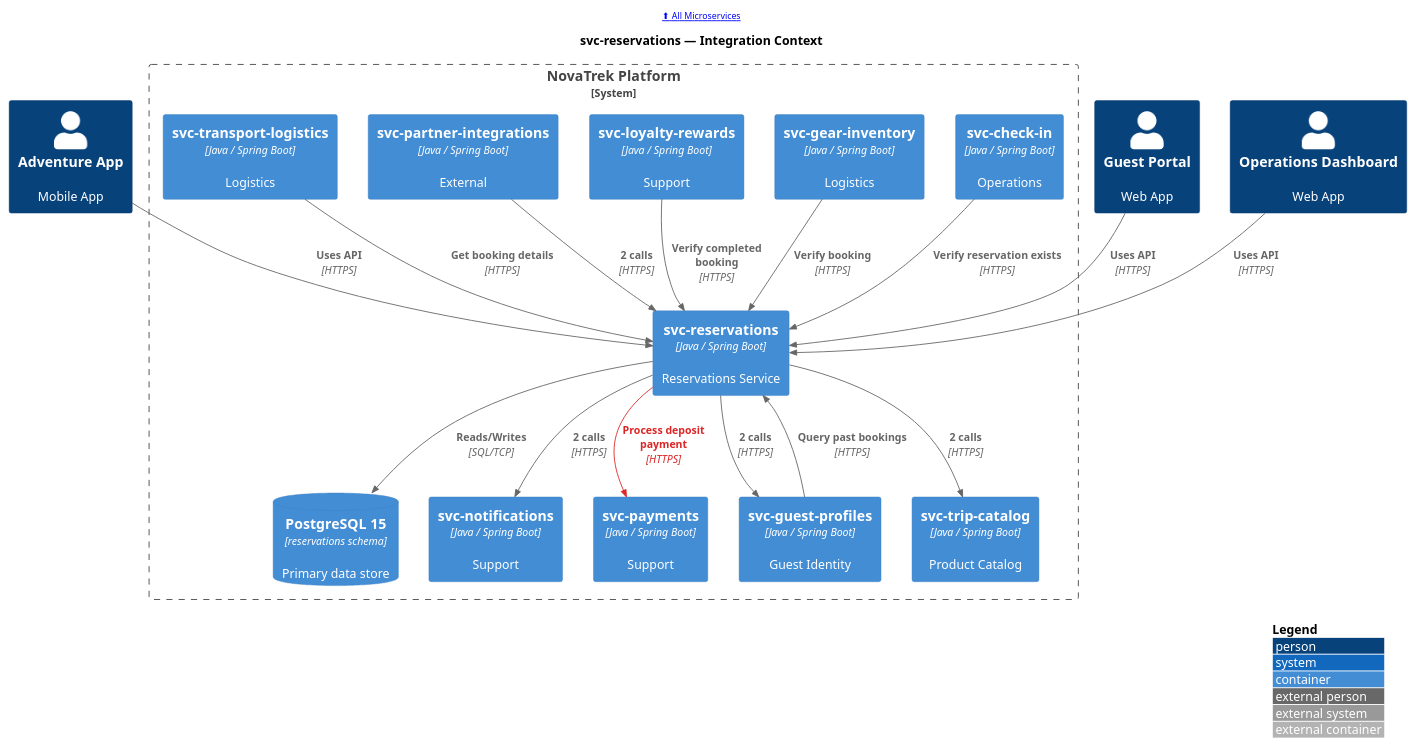
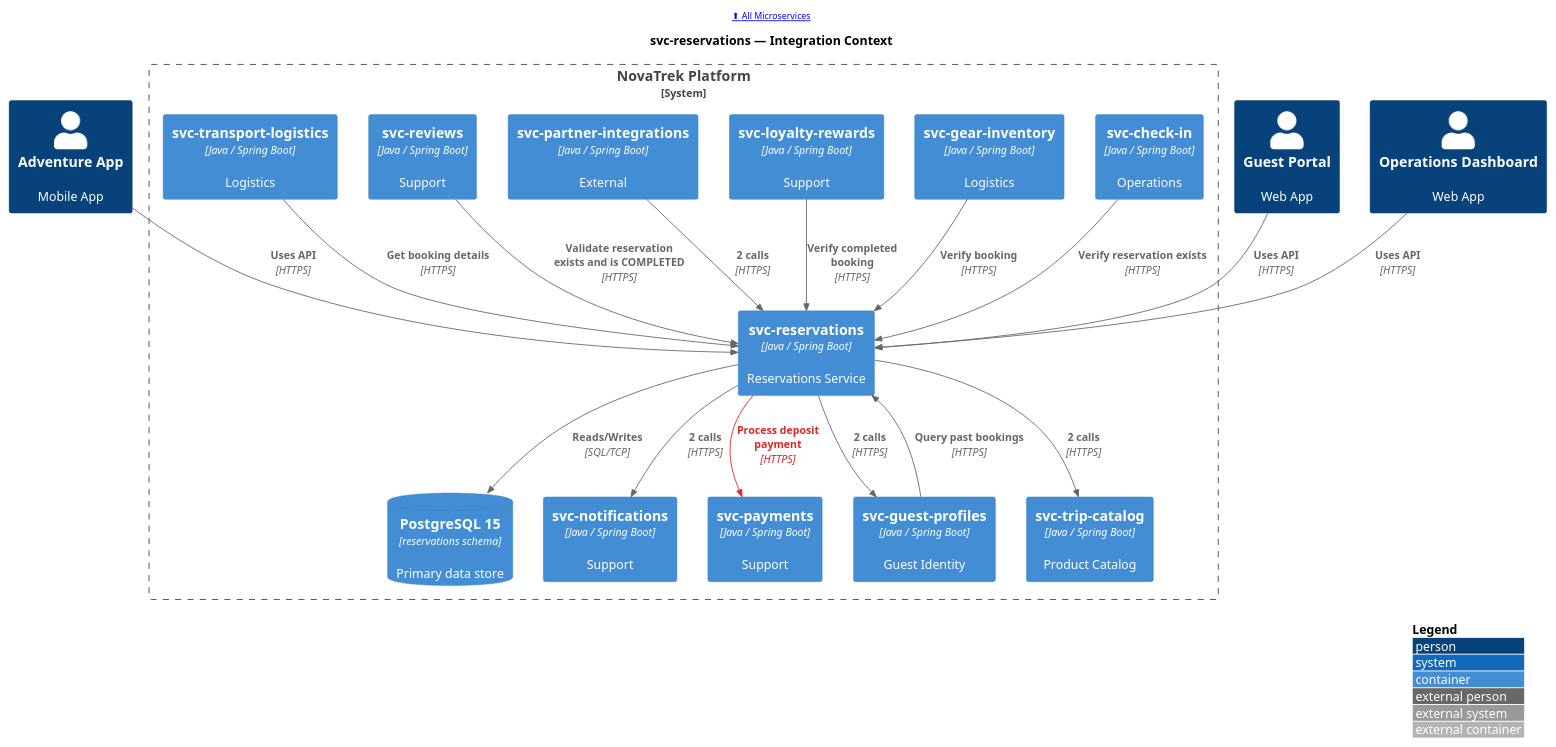
One commit to christopherblaisdell/continuous-architecture-platform-poc changed the diagram in portal/docs/microservices/puml/svc-reservations--c4-context.puml. Above: the diagram before and after it, drawn with PlantUML. The commit also changed 51 other files, not shown here.

```diff
--- a/portal/docs/microservices/puml/svc-reservations--c4-context.puml
+++ b/portal/docs/microservices/puml/svc-reservations--c4-context.puml
@@ -1,47 +1,49 @@
 @startuml
 !include <c4/C4_Container>
 
 LAYOUT_WITH_LEGEND()
 LAYOUT_TOP_DOWN()
 
 AddRelTag("pci", $lineColor="#DC2626", $textColor="#DC2626", $legendText="PCI Data Flow")
 
 header [[/microservices/ ⬆ All Microservices]]
 
 title svc-reservations — Integration Context
 
 Person(app_guest_mobile, "Adventure App", "Mobile App", $link="/applications/app-guest-mobile/#service-dependencies")
 Person(web_guest_portal, "Guest Portal", "Web App", $link="/applications/web-guest-portal/#service-dependencies")
 Person(web_ops_dashboard, "Operations Dashboard", "Web App", $link="/applications/web-ops-dashboard/#service-dependencies")
 
 System_Boundary(boundary, "NovaTrek Platform") {
     Container(svc_reservations, "svc-reservations", "Java / Spring Boot", "Reservations Service", $link="/microservices/svc-reservations/")
     ContainerDb(svc_reservations_db, "PostgreSQL 15", "reservations schema", "Primary data store", $link="/microservices/svc-reservations/#data-store")
     Container(svc_check_in, "svc-check-in", "Java / Spring Boot", "Operations", $link="/microservices/svc-check-in/#integration-context")
     Container(svc_gear_inventory, "svc-gear-inventory", "Java / Spring Boot", "Logistics", $link="/microservices/svc-gear-inventory/#integration-context")
     Container(svc_guest_profiles, "svc-guest-profiles", "Java / Spring Boot", "Guest Identity", $link="/microservices/svc-guest-profiles/#integration-context")
     Container(svc_loyalty_rewards, "svc-loyalty-rewards", "Java / Spring Boot", "Support", $link="/microservices/svc-loyalty-rewards/#integration-context")
     Container(svc_partner_integrations, "svc-partner-integrations", "Java / Spring Boot", "External", $link="/microservices/svc-partner-integrations/#integration-context")
+    Container(svc_reviews, "svc-reviews", "Java / Spring Boot", "Support", $link="/microservices/svc-reviews/#integration-context")
     Container(svc_transport_logistics, "svc-transport-logistics", "Java / Spring Boot", "Logistics", $link="/microservices/svc-transport-logistics/#integration-context")
     Container(svc_notifications, "svc-notifications", "Java / Spring Boot", "Support", $link="/microservices/svc-notifications/#integration-context")
     Container(svc_payments, "svc-payments", "Java / Spring Boot", "Support", $link="/microservices/svc-payments/#integration-context")
     Container(svc_trip_catalog, "svc-trip-catalog", "Java / Spring Boot", "Product Catalog", $link="/microservices/svc-trip-catalog/#integration-context")
 }
 
 
 Rel(app_guest_mobile, svc_reservations, "Uses API", "HTTPS")
 Rel(web_guest_portal, svc_reservations, "Uses API", "HTTPS")
 Rel(web_ops_dashboard, svc_reservations, "Uses API", "HTTPS")
 Rel(svc_check_in, svc_reservations, "Verify reservation exists", "HTTPS")
 Rel(svc_gear_inventory, svc_reservations, "Verify booking", "HTTPS")
 Rel(svc_guest_profiles, svc_reservations, "Query past bookings", "HTTPS")
 Rel(svc_loyalty_rewards, svc_reservations, "Verify completed booking", "HTTPS")
 Rel(svc_partner_integrations, svc_reservations, "2 calls", "HTTPS")
+Rel(svc_reviews, svc_reservations, "Validate reservation exists and is COMPLETED", "HTTPS")
 Rel(svc_transport_logistics, svc_reservations, "Get booking details", "HTTPS")
 Rel(svc_reservations, svc_reservations_db, "Reads/Writes", "SQL/TCP")
 Rel(svc_reservations, svc_guest_profiles, "2 calls", "HTTPS")
 Rel(svc_reservations, svc_notifications, "2 calls", "HTTPS")
 Rel(svc_reservations, svc_payments, "Process deposit payment", "HTTPS", $tags="pci")
 Rel(svc_reservations, svc_trip_catalog, "2 calls", "HTTPS")
 
 @enduml
```
